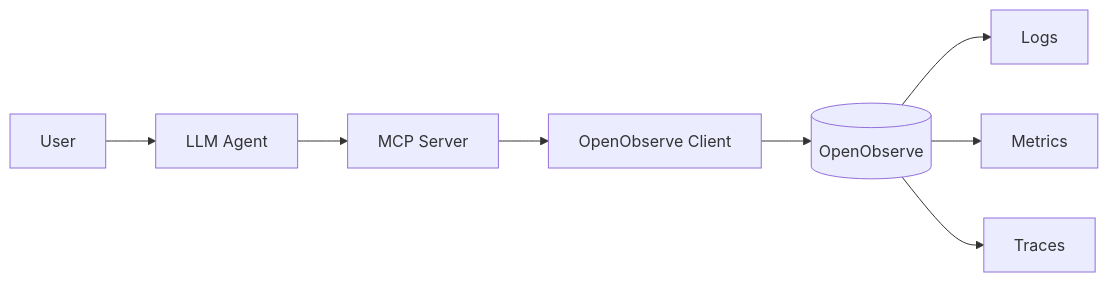
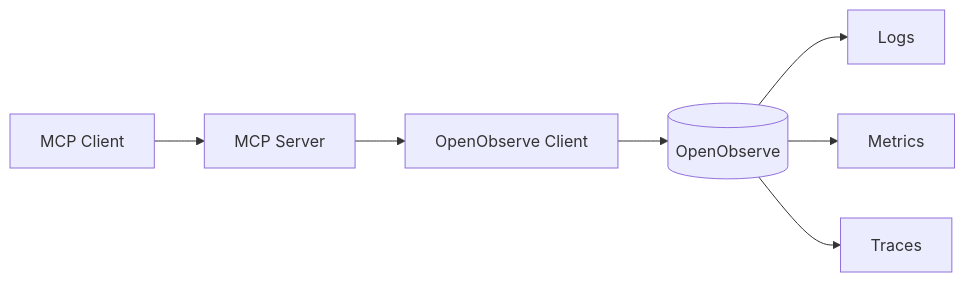
Before and after one commit to minhajul/openobserve-mcp: the diagram in README.md, drawn with Mermaid. The commit also changed other lines of this file and 13 other files, not shown here.

````diff
--- a/README.md
+++ b/README.md
@@ -6,10 +5,9 @@
 ```mermaid
 flowchart LR
-    User[User] --> Agent[LLM Agent]
-    Agent --> MCP[MCP Server]
-    MCP --> Client[OpenObserve Client]
-    Client --> OO[(OpenObserve)]
+    Client[MCP Client] --> MCP[MCP Server]
+    MCP --> ClientOO[OpenObserve Client]
+    ClientOO --> OO[(OpenObserve)]
     OO --> Logs
     OO --> Metrics
     OO --> Traces
 ```
````
